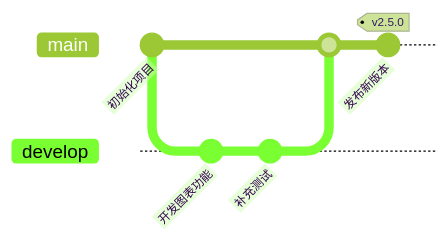
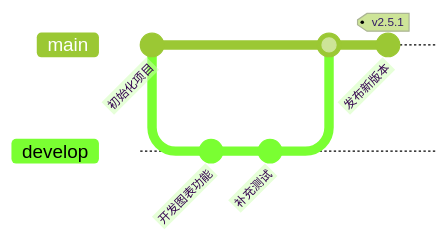
Diagram 12 of 22 in docs/Mermaid-图表完整案例.md (liuhang798/md-reader-assistant), drawn with Mermaid (forest theme) before and after one commit. The commit also changed 48 other files, not shown here.

````diff
--- a/docs/Mermaid-图表完整案例.md
+++ b/docs/Mermaid-图表完整案例.md
@@ -218,11 +218,11 @@
 ```mermaid
 gitGraph
     commit id: "初始化项目"
     branch develop
     checkout develop
     commit id: "开发图表功能"
     commit id: "补充测试"
     checkout main
     merge develop
-    commit id: "发布新版本" tag: "v2.5.0"
+    commit id: "发布新版本" tag: "v2.5.1"
 ```
````
